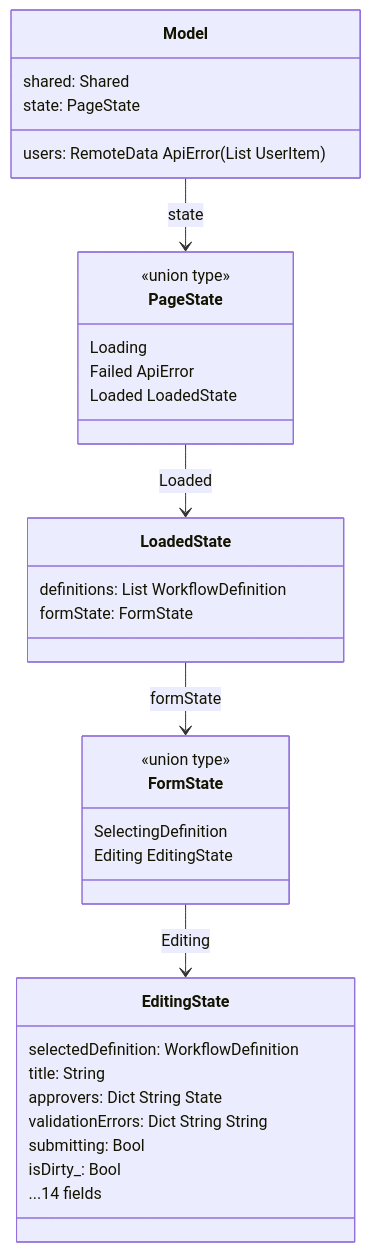
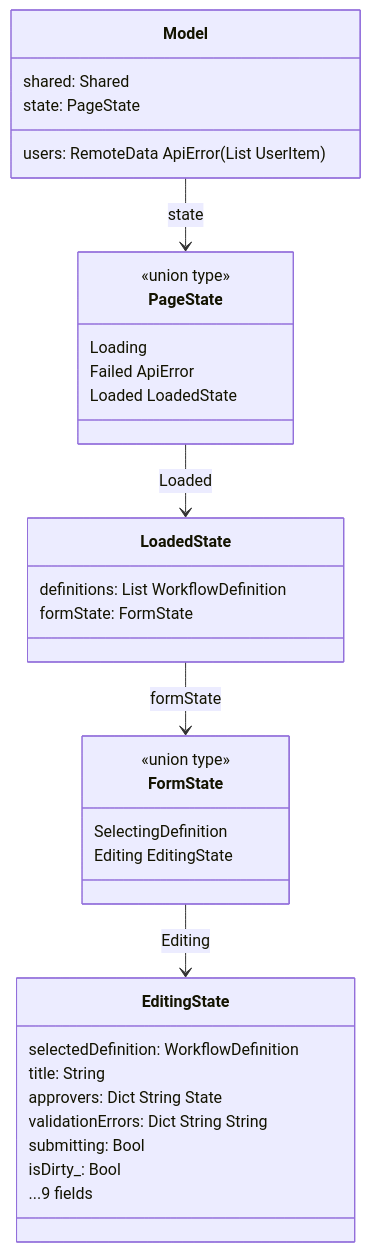
Before and after one commit to ka2kama/ringiflow: the first of 4 diagrams in docs/90_実装解説/PR1018_New-elm分割/01_New-elm分割_コード解説.md, drawn with Mermaid. The commit also changed other lines of this file, not shown here.

````diff
--- a/docs/90_実装解説/PR1018_New-elm分割/01_New-elm分割_コード解説.md
+++ b/docs/90_実装解説/PR1018_New-elm分割/01_New-elm分割_コード解説.md
@@ -24,37 +24,37 @@
 ```mermaid
 classDiagram
     class Model {
         shared: Shared
         users: RemoteData ApiError (List UserItem)
         state: PageState
     }
     class PageState {
         <<union type>>
         Loading
         Failed ApiError
         Loaded LoadedState
     }
     class LoadedState {
         definitions: List WorkflowDefinition
         formState: FormState
     }
     class FormState {
         <<union type>>
         SelectingDefinition
         Editing EditingState
     }
     class EditingState {
         selectedDefinition: WorkflowDefinition
         title: String
         approvers: Dict String State
         validationErrors: Dict String String
         submitting: Bool
         isDirty_: Bool
-        ...14 fields
+        ...9 fields
     }
 
     Model --> PageState : state
     PageState --> LoadedState : Loaded
     LoadedState --> FormState : formState
     FormState --> EditingState : Editing
 ```
````
